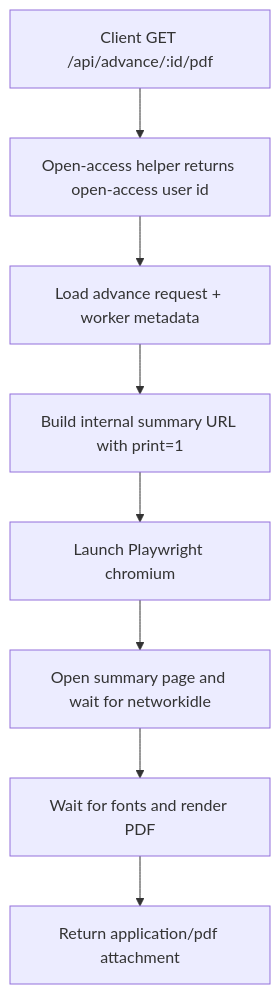
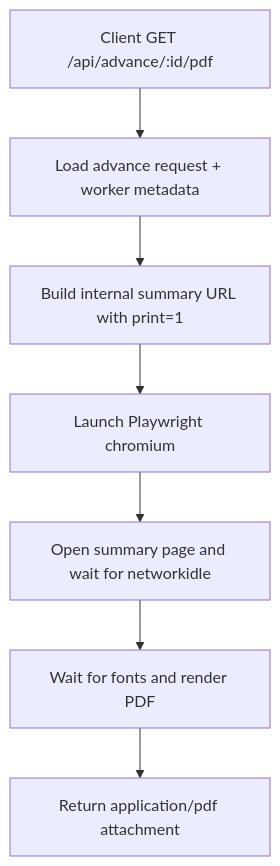
One commit to daniellim922/One-Laundry-Project-Alpha-v1 changed the first of 5 diagrams in .codex/docs/api-workflows.md. Above: the diagram before and after it, drawn with Mermaid. The commit also changed other lines of this file and 4 other files, not shown here.

````diff
--- a/.codex/docs/api-workflows.md
+++ b/.codex/docs/api-workflows.md
@@ -31,10 +30,9 @@
 ```mermaid
 flowchart TD
-    A[Client GET /api/advance/:id/pdf] --> B[Open-access helper returns open-access user id]
-    B --> C[Load advance request + worker metadata]
+    A[Client GET /api/advance/:id/pdf] --> C[Load advance request + worker metadata]
     C --> D[Build internal summary URL with print=1]
     D --> E[Launch Playwright chromium]
     E --> F[Open summary page and wait for networkidle]
     F --> G[Wait for fonts and render PDF]
     G --> H[Return application/pdf attachment]
 ```
````
